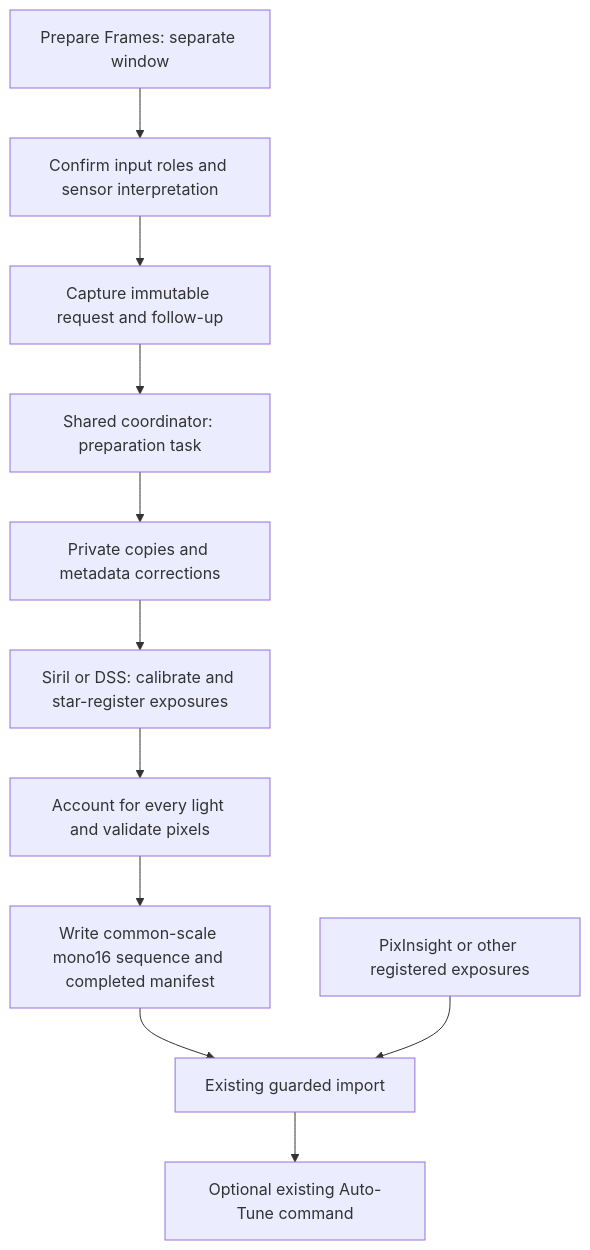
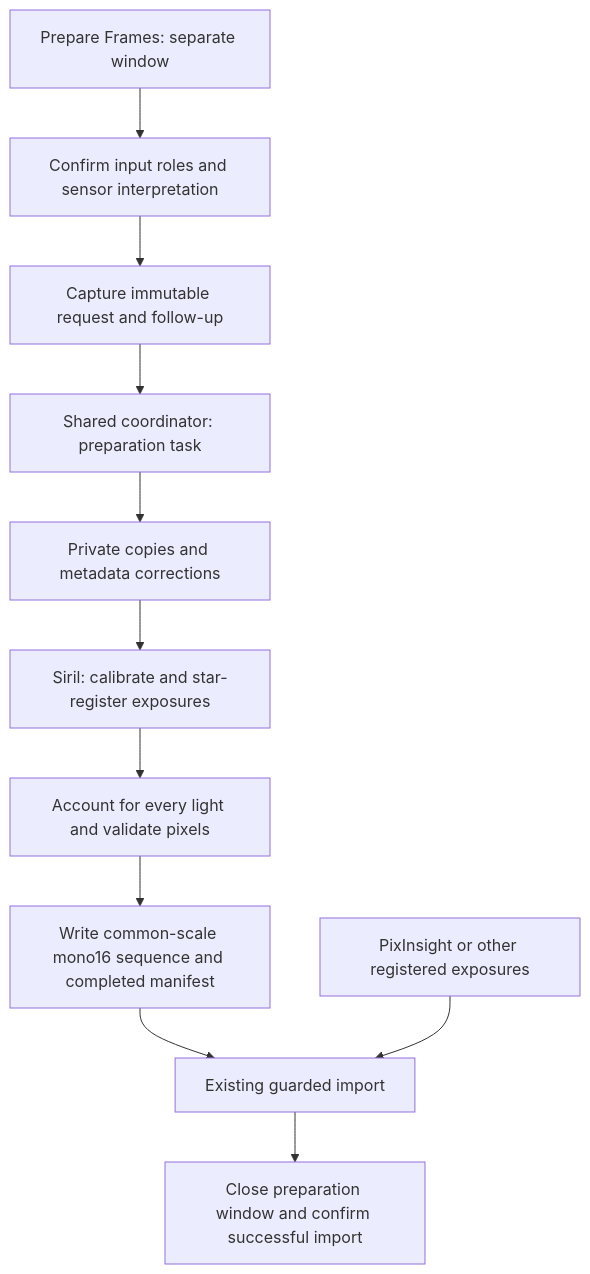
The diagram in docs/features/preparation-integrations.md (ppissias/SpacePixels), drawn with Mermaid before and after one commit. The commit also changed other lines of this file and 73 other files, not shown here.

````diff
--- a/docs/features/preparation-integrations.md
+++ b/docs/features/preparation-integrations.md
@@ -15,13 +15,13 @@
 ```mermaid
 flowchart TD
     A[Prepare Frames: separate window] --> B[Confirm input roles and sensor interpretation]
     B --> C[Capture immutable request and follow-up]
     C --> D[Shared coordinator: preparation task]
     D --> E[Private copies and metadata corrections]
-    E --> F[Siril or DSS: calibrate and star-register exposures]
+    E --> F[Siril: calibrate and star-register exposures]
     F --> G[Account for every light and validate pixels]
     G --> H[Write common-scale mono16 sequence and completed manifest]
     H --> I[Existing guarded import]
     P[PixInsight or other registered exposures] --> I
-    I --> J[Optional existing Auto-Tune command]
+    I --> J[Close preparation window and confirm successful import]
 ```
````
